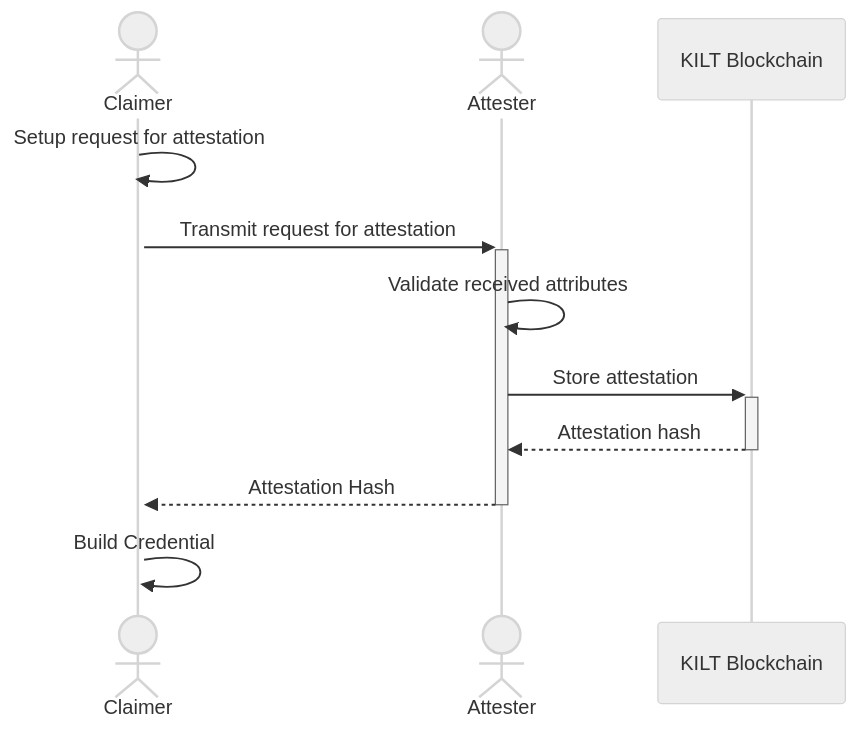
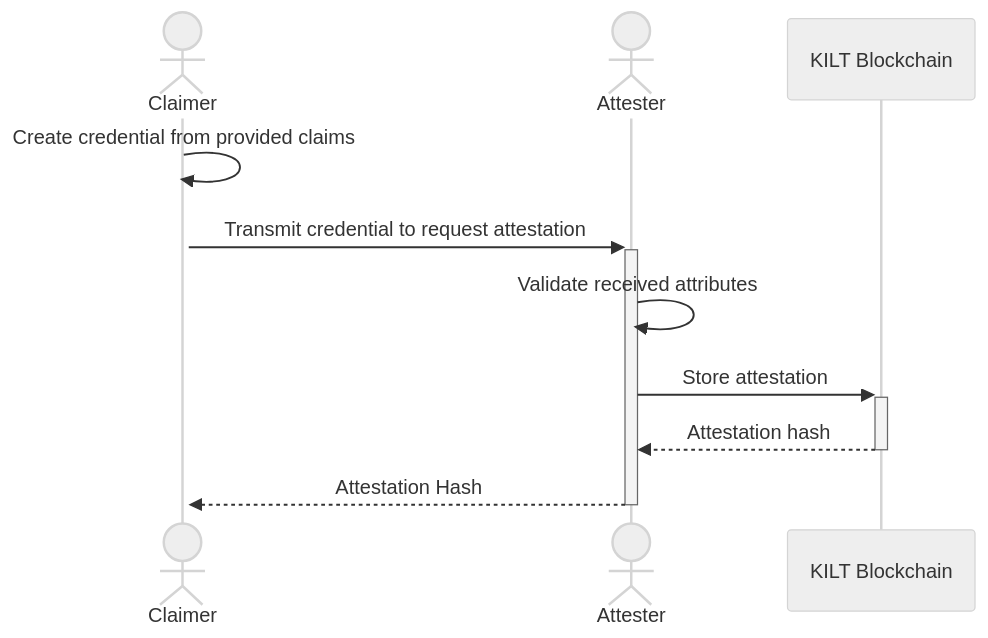
One commit to KILTprotocol/docs changed the first of 2 diagrams in docs/develop/03_workshop/03_overview.md. Above: the diagram before and after it, drawn with Mermaid (neutral theme). The commit also changed other lines of this file and 13 other files, not shown here.

````diff
--- a/docs/develop/03_workshop/03_overview.md
+++ b/docs/develop/03_workshop/03_overview.md
@@ -24,13 +24,12 @@
 ```mermaid
 sequenceDiagram
 actor C as Claimer
 actor A as Attester
 participant B as KILT Blockchain
-    C->>+C: Setup request for attestation
-    C->>+A: Transmit request for attestation
+    C->>+C: Create credential from provided claims
+    C->>+A: Transmit credential to request attestation
     A->>A: Validate received attributes
     A->>+B: Store attestation
     B-->>-A: Attestation hash
     A-->>-C: Attestation Hash
-    C->>C: Build Credential
 ```
````
